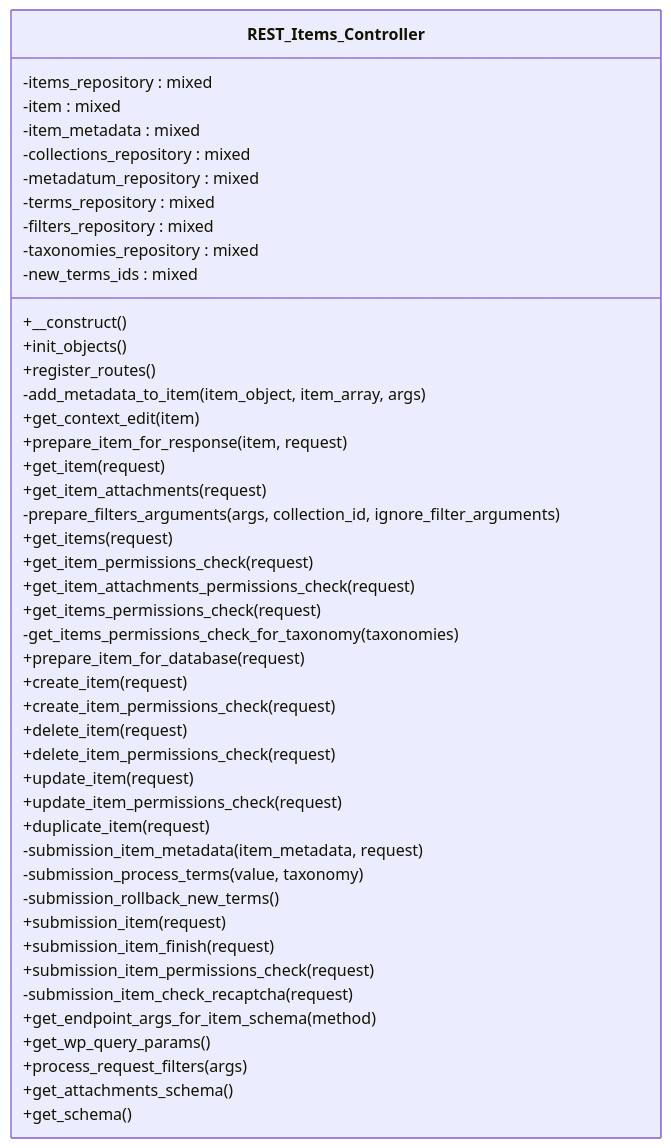
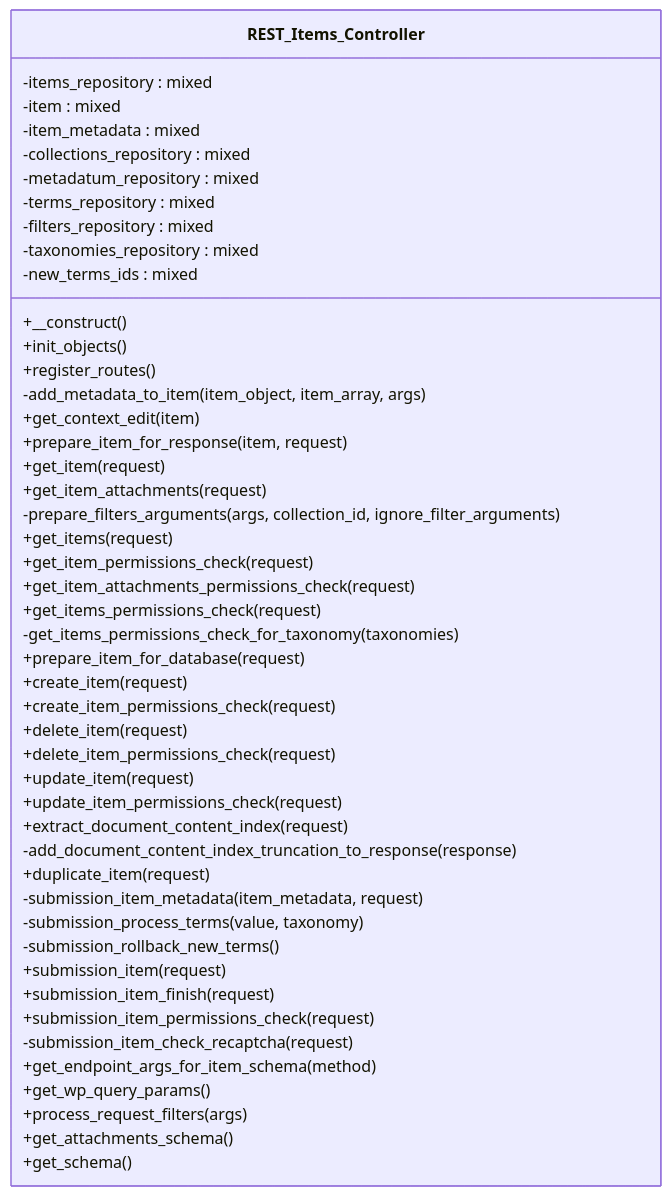
Before and after one commit to tainacan/tainacan: the diagram in docs/phpdoc/classes/Tainacan/API/EndPoints/REST_Items_Controller.md, drawn with Mermaid. The commit also changed other lines of this file and 79 other files, not shown here.

First line of the commit message:
docs: Updates docs including filters description for tainacan_extract_document_content.

````diff
--- a/docs/phpdoc/classes/Tainacan/API/EndPoints/REST_Items_Controller.md
+++ b/docs/phpdoc/classes/Tainacan/API/EndPoints/REST_Items_Controller.md
@@ -15,49 +15,51 @@
 ```mermaid
 classDiagram
     direction TB
     class REST_Items_Controller {
         -items_repository : mixed
         -item : mixed
         -item_metadata : mixed
         -collections_repository : mixed
         -metadatum_repository : mixed
         -terms_repository : mixed
         -filters_repository : mixed
         -taxonomies_repository : mixed
         -new_terms_ids : mixed
         +__construct()
         +init_objects()
         +register_routes()
         -add_metadata_to_item(item_object, item_array, args)
         +get_context_edit(item)
         +prepare_item_for_response(item, request)
         +get_item(request)
         +get_item_attachments(request)
         -prepare_filters_arguments(args, collection_id, ignore_filter_arguments)
         +get_items(request)
         +get_item_permissions_check(request)
         +get_item_attachments_permissions_check(request)
         +get_items_permissions_check(request)
         -get_items_permissions_check_for_taxonomy(taxonomies)
         +prepare_item_for_database(request)
         +create_item(request)
         +create_item_permissions_check(request)
         +delete_item(request)
         +delete_item_permissions_check(request)
         +update_item(request)
         +update_item_permissions_check(request)
+        +extract_document_content_index(request)
+        -add_document_content_index_truncation_to_response(response)
         +duplicate_item(request)
         -submission_item_metadata(item_metadata, request)
         -submission_process_terms(value, taxonomy)
         -submission_rollback_new_terms()
         +submission_item(request)
         +submission_item_finish(request)
         +submission_item_permissions_check(request)
         -submission_item_check_recaptcha(request)
         +get_endpoint_args_for_item_schema(method)
         +get_wp_query_params()
         +process_request_filters(args)
         +get_attachments_schema()
         +get_schema()
     }
 ```
````
